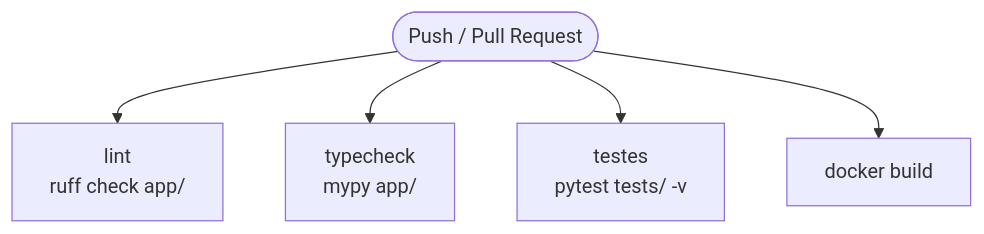
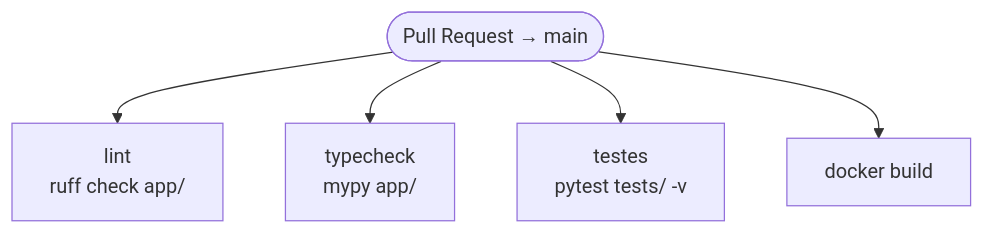
One commit to jonmferreira/gntech-weather-api changed the fourth of 4 diagrams in README.md. Above: the diagram before and after it, drawn with Mermaid.

Commit message:
docs: atualiza diagrama CI para refletir disparo apenas em pull request

````diff
--- a/README.md
+++ b/README.md
@@ -193,7 +193,7 @@
 ```mermaid
 flowchart TD
-    PR([Push / Pull Request]) --> L[lint\nruff check app/]
+    PR([Pull Request → main]) --> L[lint\nruff check app/]
     PR --> T[typecheck\nmypy app/]
     PR --> TS[testes\npytest tests/ -v]
     PR --> DB[docker build]
 ```
````
